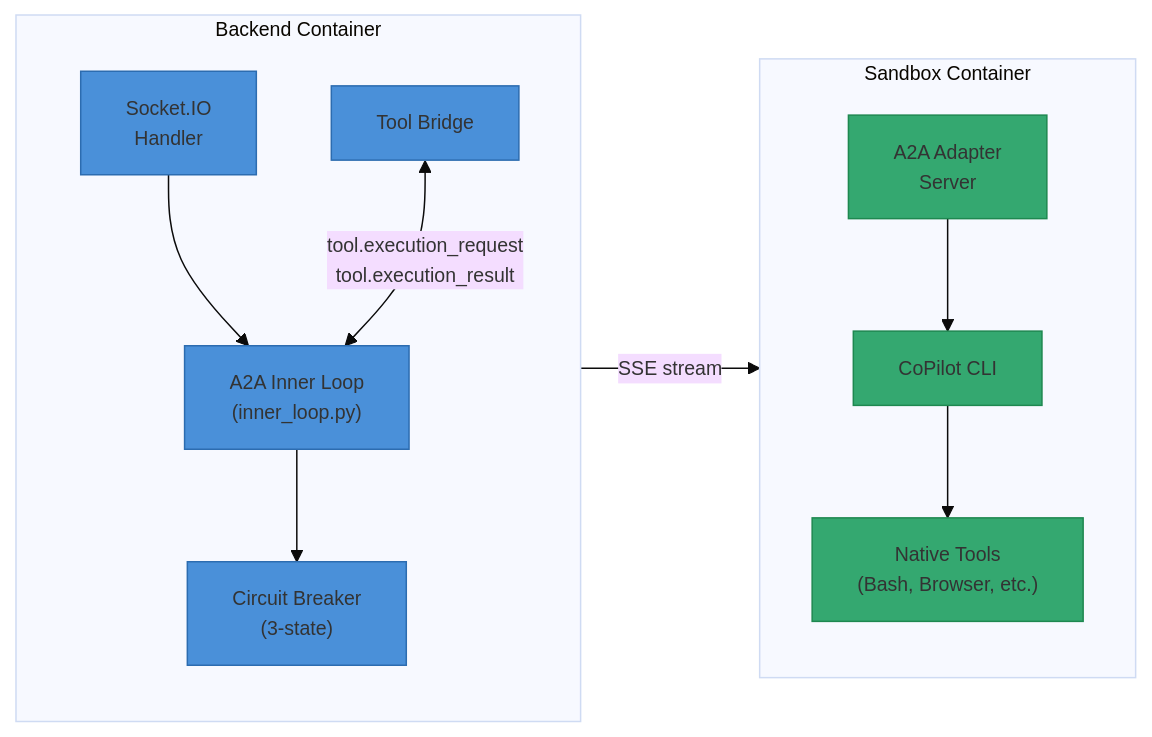
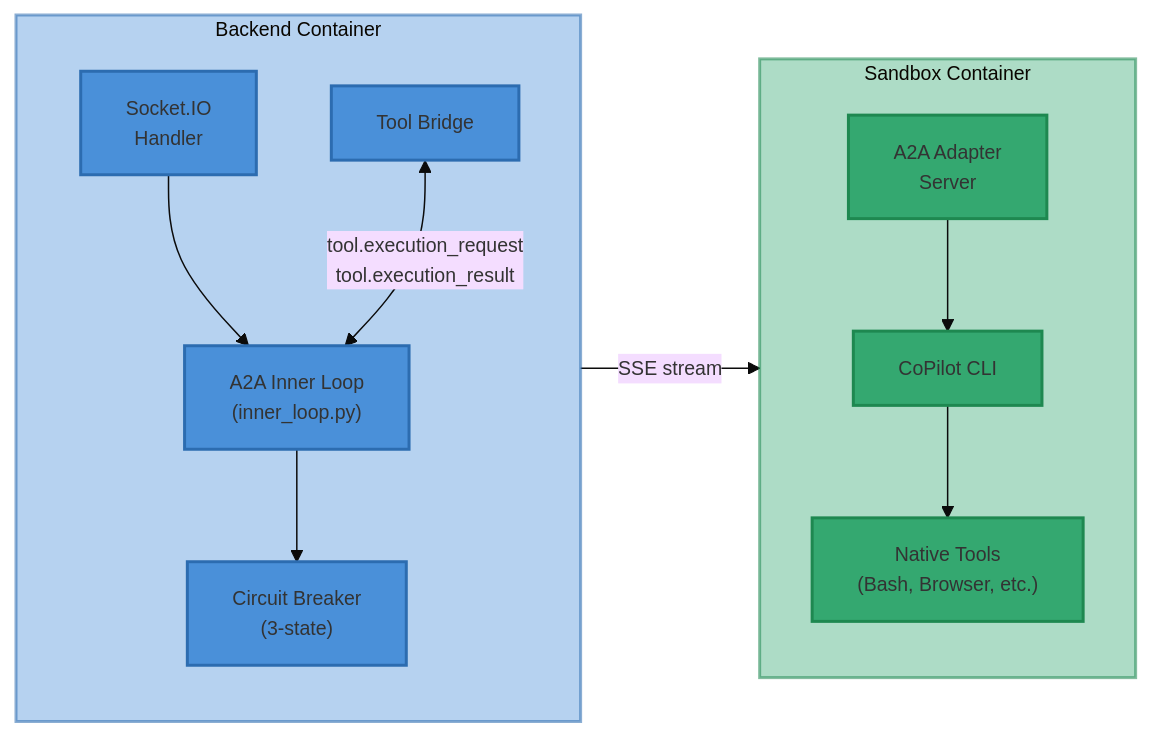
One commit to Intelligent-Internet/ii-agent changed the diagram in docs/design-docs/a2a-copilot-inner-loop-e2e-test-plan.md. Above: the diagram before and after it, drawn with Mermaid. The commit also changed 52 other files, not shown here.

````diff
--- a/docs/design-docs/a2a-copilot-inner-loop-e2e-test-plan.md
+++ b/docs/design-docs/a2a-copilot-inner-loop-e2e-test-plan.md
@@ -20,30 +20,33 @@
 ```mermaid
 %%{init: {'theme':'base', 'themeVariables': {'fontFamily': 'Arial, sans-serif', 'fontSize': '13px', 'fontWeight': 'normal'}}}%%
 flowchart LR
     subgraph Backend["Backend Container"]
         direction TB
         SIO["Socket.IO<br/>Handler"]
         IL["A2A Inner Loop<br/>(inner_loop.py)"]
         CB["Circuit Breaker<br/>(3-state)"]
         TB["Tool Bridge"]
     end
 
     subgraph Sandbox["Sandbox Container"]
         direction TB
         AD["A2A Adapter<br/>Server"]
         COP["CoPilot CLI"]
         TOOLS["Native Tools<br/>(Bash, Browser, etc.)"]
     end
 
     SIO --> IL
     IL --> CB
     CB -->|"SSE stream"| AD
     AD --> COP
     COP --> TOOLS
     TB <-->|"tool.execution_request<br/>tool.execution_result"| IL
 
-    classDef backend fill:#4a90d9,stroke:#2c6cb0
-    classDef sandbox fill:#34a870,stroke:#1e8850
+    style Backend fill:#4a90d966,stroke:#2c6cb08C,stroke-width:2px
+    style Sandbox fill:#34a87066,stroke:#1e88508C,stroke-width:2px
+
+    classDef backend fill:#4a90d9,stroke:#2c6cb0,stroke-width:2px
+    classDef sandbox fill:#34a870,stroke:#1e8850,stroke-width:2px
     class SIO,IL,CB,TB backend
     class AD,COP,TOOLS sandbox
 ```
````
